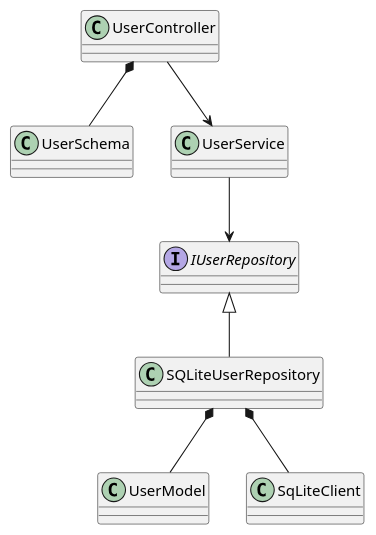
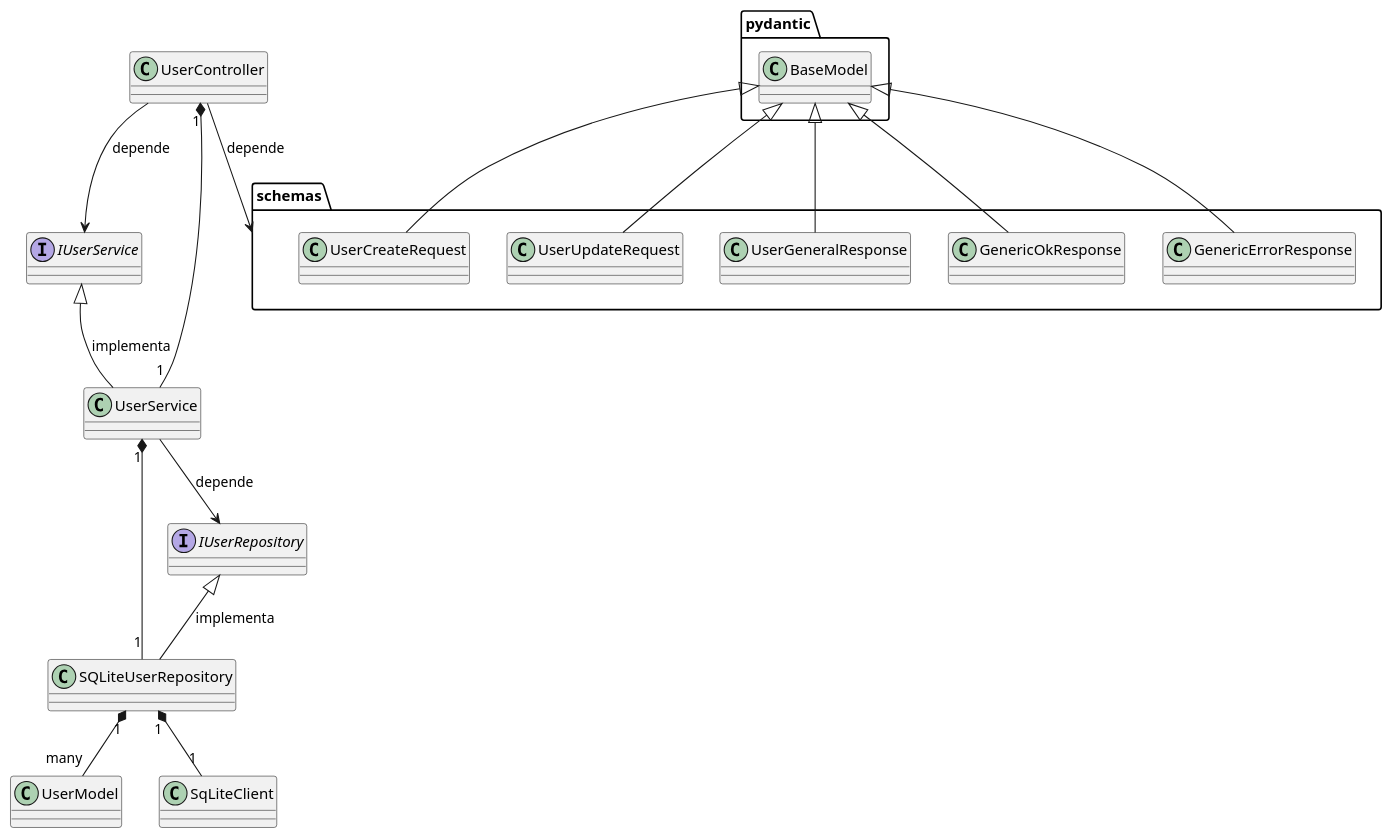
Before and after one commit to iuryrosal/picpay_ps_project: the diagram in docs/poo_classes.plantuml, drawn with PlantUML.

Commit message:
📝  docs(docs): update poo_classes

```diff
--- a/docs/poo_classes.plantuml
+++ b/docs/poo_classes.plantuml
@@ -1,23 +1,37 @@
 @startuml
 class SQLiteUserRepository
 
 interface IUserRepository
 
 class UserModel
 
 class SqLiteClient
 
-class UserSchema
+interface IUserService
 
 class UserService
 
 class UserController
 
-IUserRepository <|-- SQLiteUserRepository
-SQLiteUserRepository *-- SqLiteClient
-SQLiteUserRepository *-- UserModel
-UserService --> IUserRepository
-UserController --> UserService
-UserController *-- UserSchema
+class pydantic.BaseModel
+
+package schemas {
+
+}
+
+IUserRepository <|-- SQLiteUserRepository : implementa
+SQLiteUserRepository "1" *-- "1" SqLiteClient
+SQLiteUserRepository "1" *-- "many" UserModel
+IUserService <|-- UserService: implementa
+UserService  --> IUserRepository : depende
+UserService "1" *-- "1" SQLiteUserRepository
+UserController --> IUserService : depende
+UserController --> schemas : depende
+UserController "1" *-- "1" UserService
+pydantic.BaseModel <|-- schemas.UserCreateRequest
+pydantic.BaseModel <|-- schemas.UserUpdateRequest
+pydantic.BaseModel <|-- schemas.UserGeneralResponse
+pydantic.BaseModel <|-- schemas.GenericOkResponse
+pydantic.BaseModel <|-- schemas.GenericErrorResponse
 
 @enduml
```
